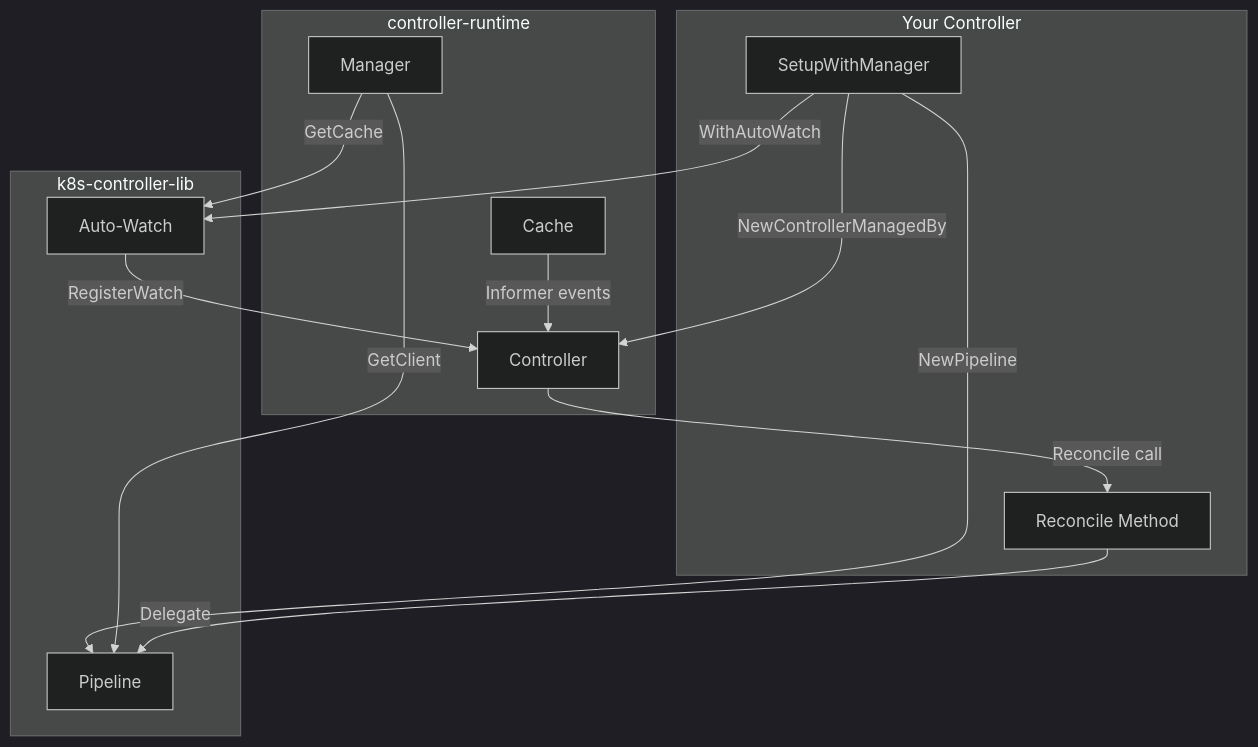
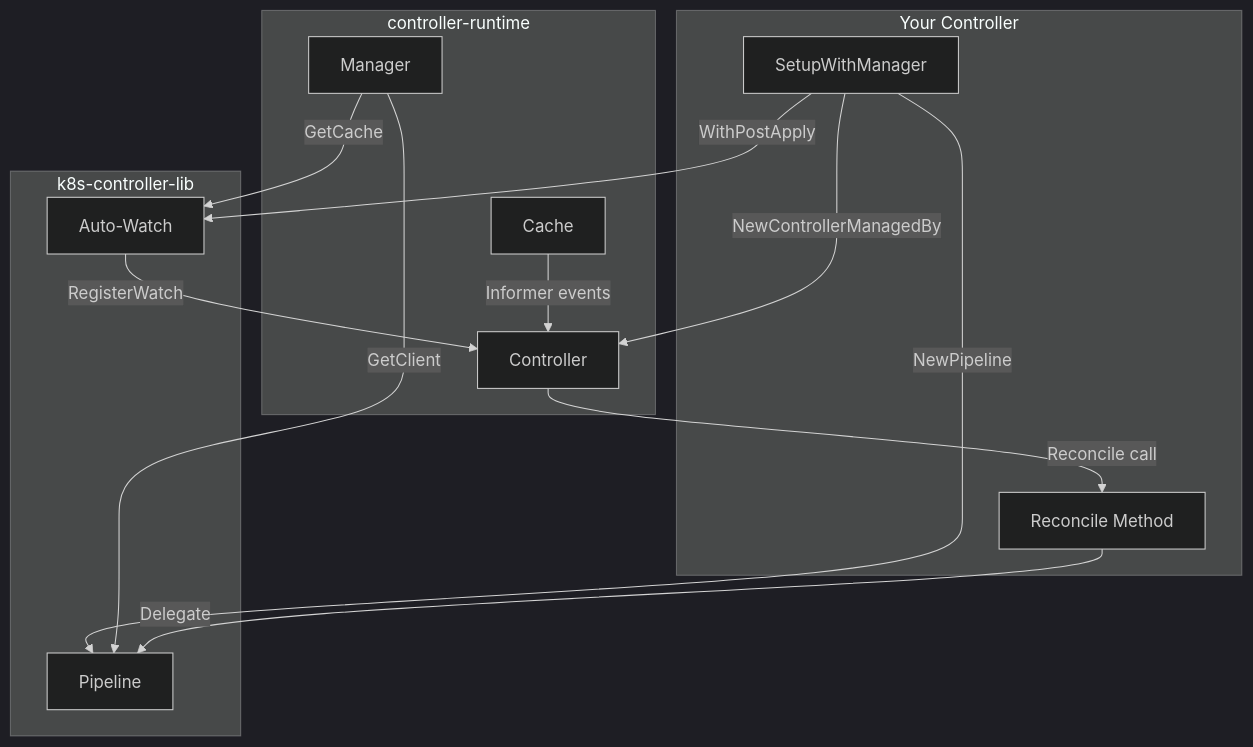
One commit to lburgazzoli/k8s-controller-lib changed the fourth of 5 diagrams in docs/architecture.md. Above: the diagram before and after it, drawn with Mermaid (dark theme). The commit also changed other lines of this file and 25 other files, not shown here.

````diff
--- a/docs/architecture.md
+++ b/docs/architecture.md
@@ -376,31 +385,31 @@
 ```mermaid
 graph TB
     subgraph "Your Controller"
         Setup[SetupWithManager]
         Reconcile[Reconcile Method]
     end
 
     subgraph "controller-runtime"
         Manager[Manager]
         Controller[Controller]
         Cache[Cache]
     end
 
     subgraph "k8s-controller-lib"
         Pipeline[Pipeline]
         Watch[Auto-Watch]
     end
 
     Setup -->|NewControllerManagedBy| Controller
     Setup -->|NewPipeline| Pipeline
-    Setup -->|WithAutoWatch| Watch
+    Setup -->|WithPostApply| Watch
     Watch -->|RegisterWatch| Controller
 
     Manager -->|GetClient| Pipeline
     Manager -->|GetCache| Watch
 
     Controller -->|Reconcile call| Reconcile
     Reconcile -->|Delegate| Pipeline
 
     Cache -->|Informer events| Controller
 ```
````
